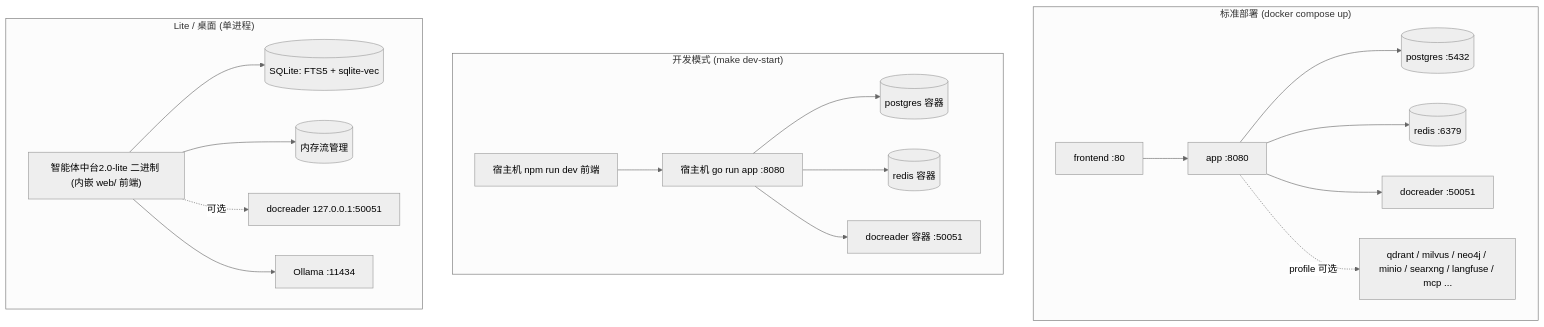
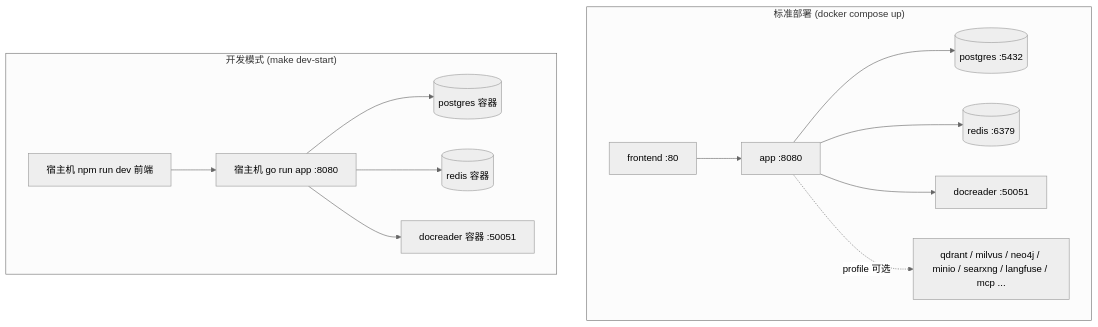
One commit to qinlei131479/WeKnora changed the first of 2 diagrams in apps/docs/01-getting-started/02-installation.md. Above: the diagram before and after it, drawn with Mermaid (neutral theme). The commit also changed other lines of this file and 23 other files, not shown here.

````diff
--- a/apps/docs/01-getting-started/02-installation.md
+++ b/apps/docs/01-getting-started/02-installation.md
@@ -16,23 +18,16 @@
 ```mermaid
 flowchart TB
     subgraph prod["标准部署 (docker compose up)"]
         FE1["frontend :80"] --> APP1["app :8080"]
         APP1 --> PG1[("postgres :5432")]
         APP1 --> RD1[("redis :6379")]
         APP1 --> DR1["docreader :50051"]
         APP1 -. "profile 可选" .-> OPT1["qdrant / milvus / neo4j / minio / searxng / langfuse / mcp ..."]
     end
     subgraph dev["开发模式 (make dev-start)"]
         LOCALAPP["宿主机 go run app :8080"] --> PG2[("postgres 容器")]
         LOCALAPP --> RD2[("redis 容器")]
         LOCALAPP --> DR2["docreader 容器 :50051"]
         LOCALFE["宿主机 npm run dev 前端"] --> LOCALAPP
     end
-    subgraph lite["Lite / 桌面 (单进程)"]
-        BIN["智能体中台2.0-lite 二进制 (内嵌 web/ 前端)"]
-        BIN --> SQLITE[("SQLite: FTS5 + sqlite-vec")]
-        BIN --> MEMQ[("内存流管理")]
-        BIN -. "可选" .-> DR3["docreader 127.0.0.1:50051"]
-        BIN --> OLLAMA["Ollama :11434"]
-    end
 ```
````
